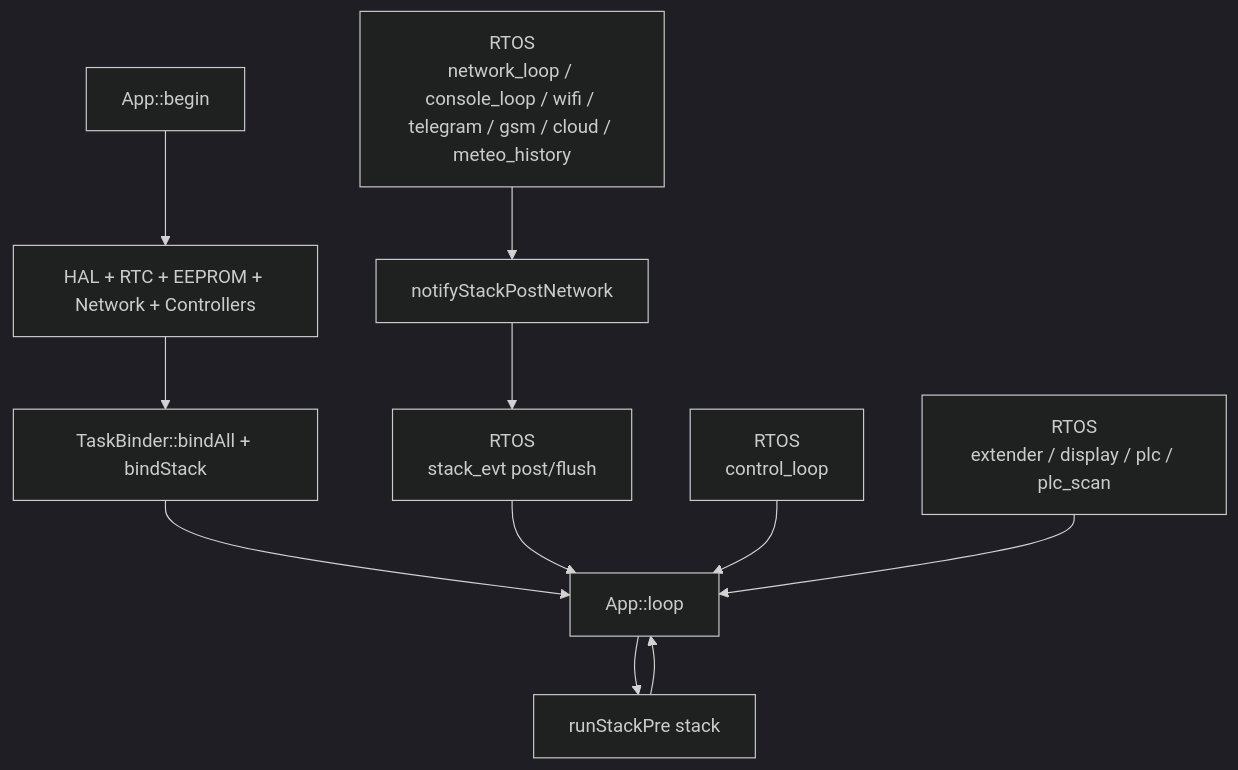
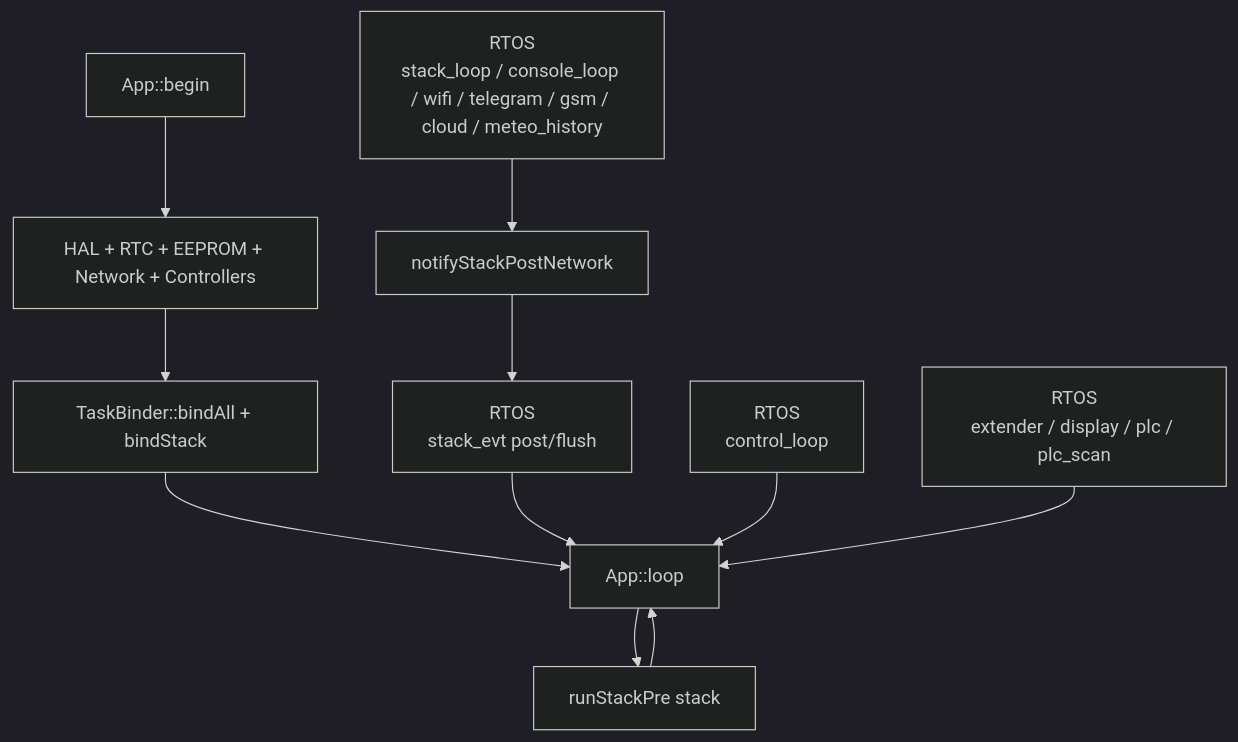
Before and after one commit to Denisov-Foundation-Limited/plc-esp2: the second of 2 diagrams in README.md, drawn with Mermaid (dark theme). The commit also changed other lines of this file and 71 other files, not shown here.

````diff
--- a/README.md
+++ b/README.md
@@ -51,15 +51,15 @@
 ```mermaid
 flowchart TD
   START[App::begin] --> INIT[HAL + RTC + EEPROM + Network + Controllers]
   INIT --> BIND[TaskBinder::bindAll + bindStack]
   BIND --> LOOP[App::loop]
 
   LOOP --> PRE[runStackPre stack]
   PRE --> LOOP
 
-  RTOSNET[RTOS\nnetwork_loop / console_loop / wifi / telegram / gsm / cloud / meteo_history] --> SIG[notifyStackPostNetwork]
+  RTOSNET[RTOS\nstack_loop / console_loop / wifi / telegram / gsm / cloud / meteo_history] --> SIG[notifyStackPostNetwork]
   SIG --> STACKEVT[RTOS\nstack_evt post/flush]
   STACKEVT --> LOOP
   RTOSCTRL[RTOS\ncontrol_loop] --> LOOP
   RTOSIO[RTOS\nextender / display / plc / plc_scan] --> LOOP
 ```
````
